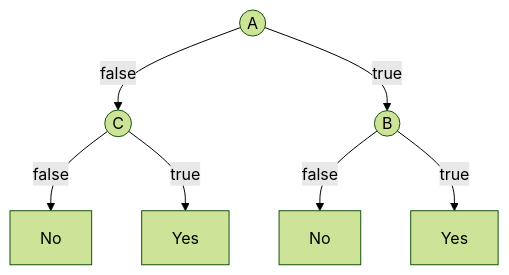
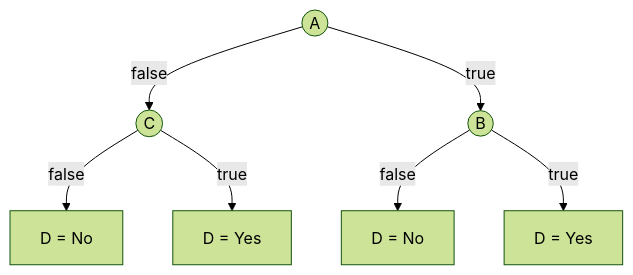
The diagram in hw9/hw9.md (ribru17/161cs-hw), drawn with Mermaid (forest theme) before and after one commit. The commit also changed other lines of this file, not shown here.

````diff
--- a/hw9/hw9.md
+++ b/hw9/hw9.md
@@ -17,10 +43,10 @@
 ```mermaid
 flowchart TD
 
 A((A)) --> |false|C((C))
 A --> |true|B((B))
-B --> |false|No
-B --> |true|Yes
-C --> |false|D[No]
-C --> |true|E[Yes]
+B --> |false|G[D = No]
+B --> |true|F[D = Yes]
+C --> |false|D[D = No]
+C --> |true|E[D = Yes]
 ```
````
